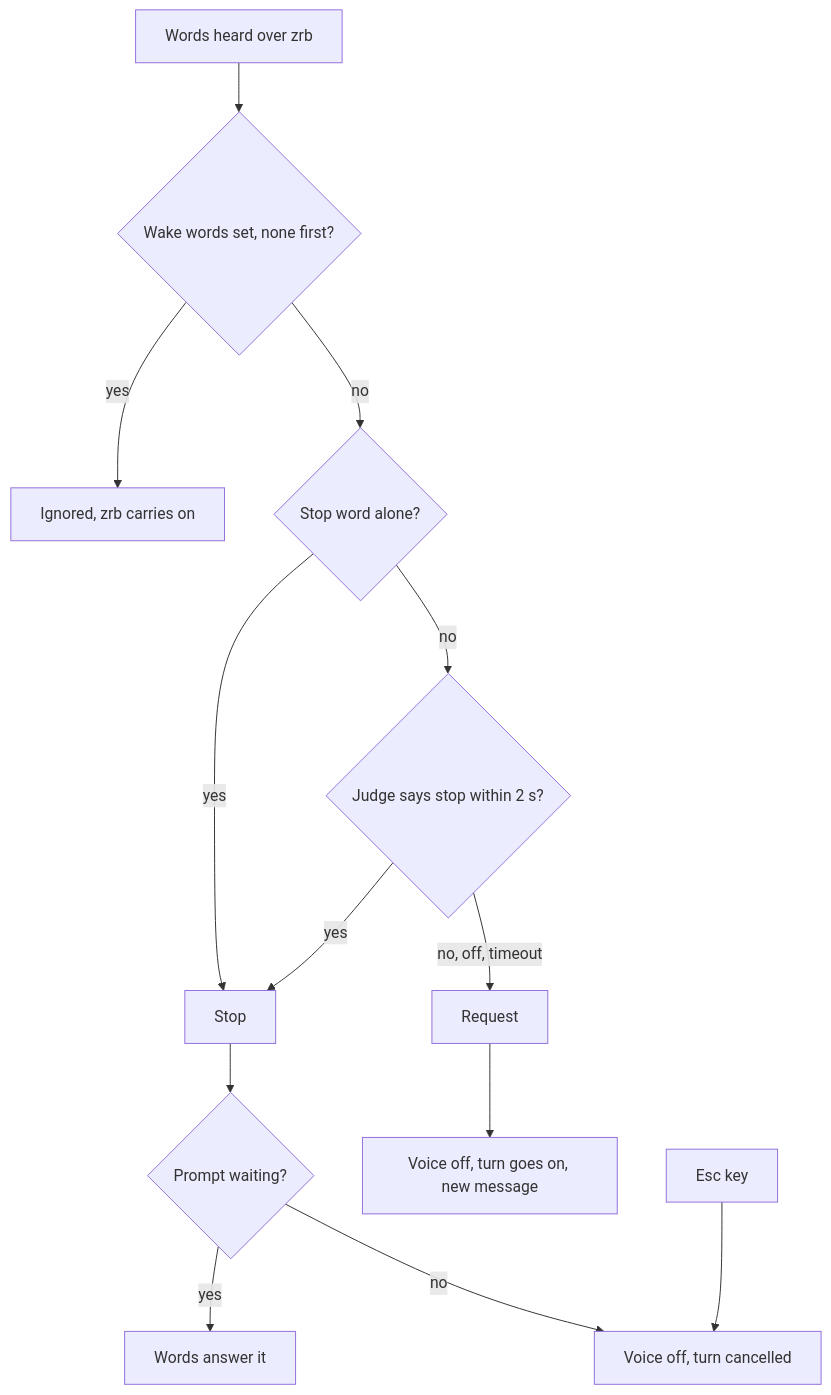
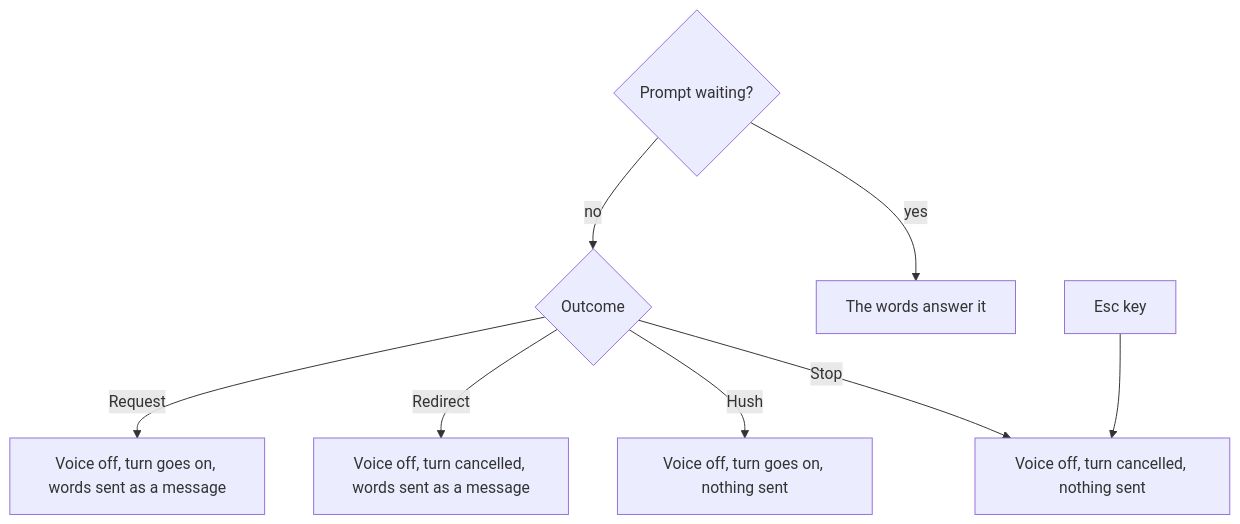
The fourth of 5 diagrams in docs/architecture/3-peripheral-flow/dictation-barge-in.md (state-alchemists/zrb), drawn with Mermaid before and after one commit. The commit also changed other lines of this file and 19 other files, not shown here.

First line of the commit message:
feat(dictation): read stop, hush and redirect from the word lists before asking a model

````diff
--- a/docs/architecture/3-peripheral-flow/dictation-barge-in.md
+++ b/docs/architecture/3-peripheral-flow/dictation-barge-in.md
@@ -123,15 +138,10 @@
 ```mermaid
 flowchart TD
-    Heard[Words heard over zrb] --> Wake{Wake words set, none first?}
-    Wake -->|yes| Ignored[Ignored, zrb carries on]
-    Wake -->|no| Alone{Stop word alone?}
-    Alone -->|yes| Stop[Stop]
-    Alone -->|no| Judge{Judge says stop within 2 s?}
-    Judge -->|yes| Stop
-    Judge -->|"no, off, timeout"| Ask[Request]
-    Stop --> Prompt{Prompt waiting?}
-    Prompt -->|yes| Answer[Words answer it]
-    Prompt -->|no| Cancel[Voice off, turn cancelled]
-    Ask --> Hush[Voice off, turn goes on, new message]
+    Prompt{Prompt waiting?} -->|yes| Answer[The words answer it]
+    Prompt -->|no| Outcome{Outcome}
+    Outcome -->|Stop| Cancel[Voice off, turn cancelled, nothing sent]
+    Outcome -->|Hush| Quiet[Voice off, turn goes on, nothing sent]
+    Outcome -->|Redirect| Both[Voice off, turn cancelled, words sent as a message]
+    Outcome -->|Request| Steer[Voice off, turn goes on, words sent as a message]
     Esc[Esc key] --> Cancel
 ```
````
